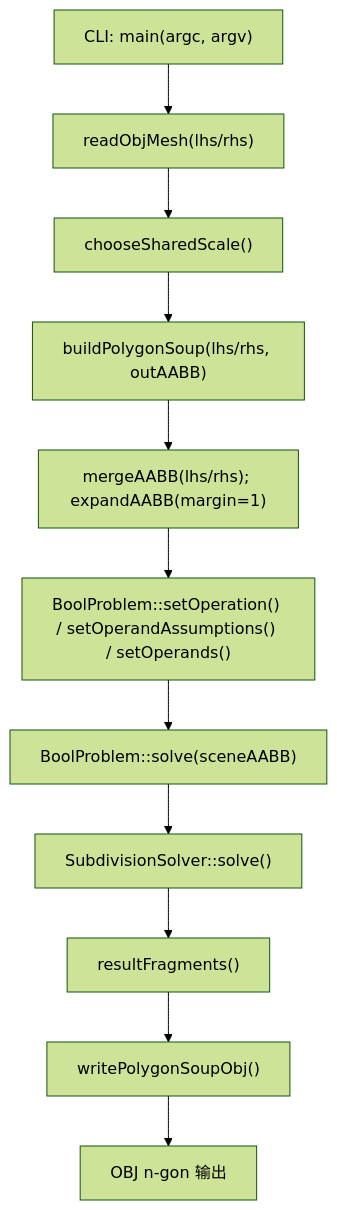
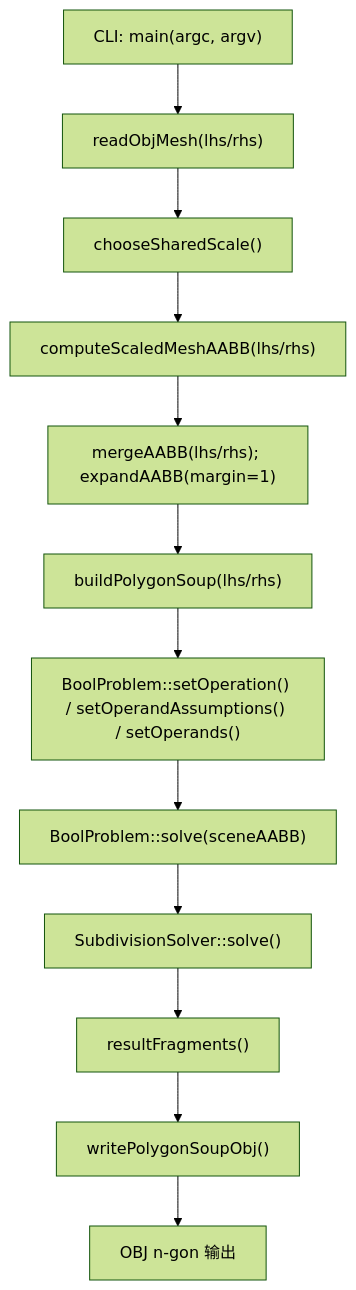
One commit to SDU-YueQiu/re-EMBER changed the first of 11 diagrams in docs/core-logic-flow.md. Above: the diagram before and after it, drawn with Mermaid (forest theme). The commit also changed other lines of this file and 6 other files, not shown here.

````diff
--- a/docs/core-logic-flow.md
+++ b/docs/core-logic-flow.md
@@ -32,13 +32,14 @@
 ```mermaid
 flowchart TD
     A["CLI: main(argc, argv)"] --> B["readObjMesh(lhs/rhs)"]
     B --> C["chooseSharedScale()"]
-    C --> D["buildPolygonSoup(lhs/rhs, outAABB)"]
+    C --> D["computeScaledMeshAABB(lhs/rhs)"]
     D --> E["mergeAABB(lhs/rhs); expandAABB(margin=1)"]
-    E --> F["BoolProblem::setOperation() / setOperandAssumptions() / setOperands()"]
-    F --> G["BoolProblem::solve(sceneAABB)"]
-    G --> H["SubdivisionSolver::solve()"]
-    H --> I["resultFragments()"]
-    I --> J["writePolygonSoupObj()"]
-    J --> K["OBJ n-gon 输出"]
+    E --> F["buildPolygonSoup(lhs/rhs)"]
+    F --> G["BoolProblem::setOperation() / setOperandAssumptions() / setOperands()"]
+    G --> H["BoolProblem::solve(sceneAABB)"]
+    H --> I["SubdivisionSolver::solve()"]
+    I --> J["resultFragments()"]
+    J --> K["writePolygonSoupObj()"]
+    K --> L["OBJ n-gon 输出"]
 ```
````
